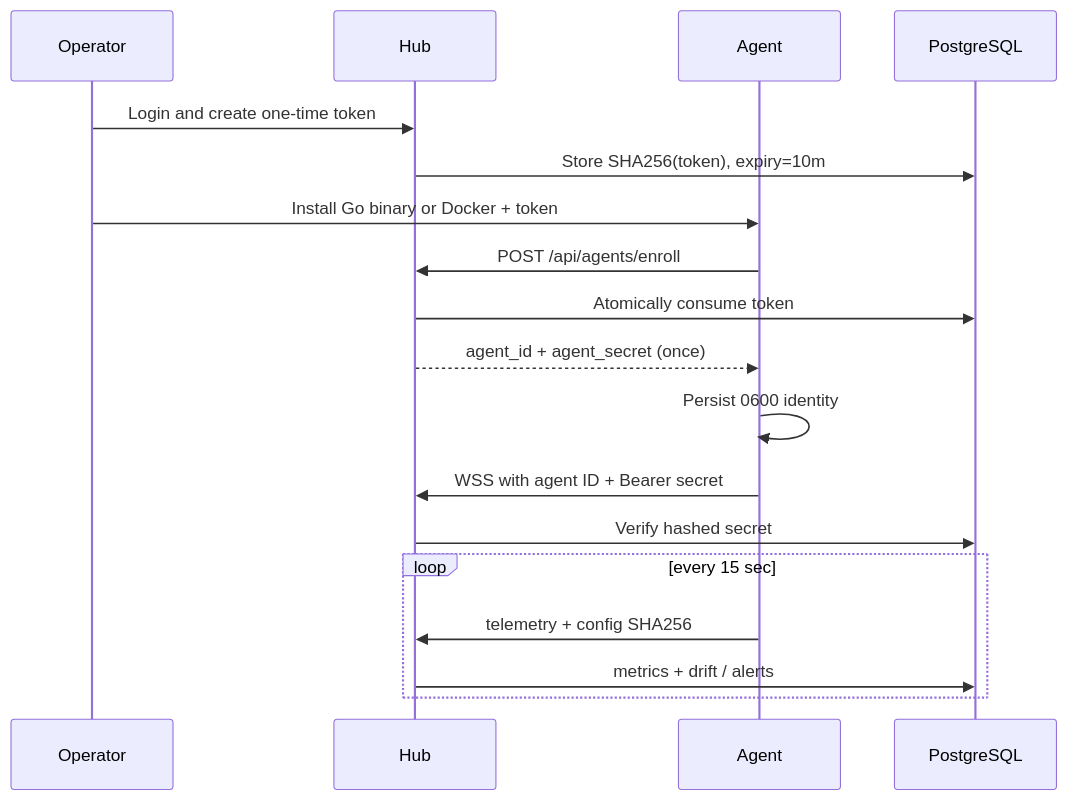
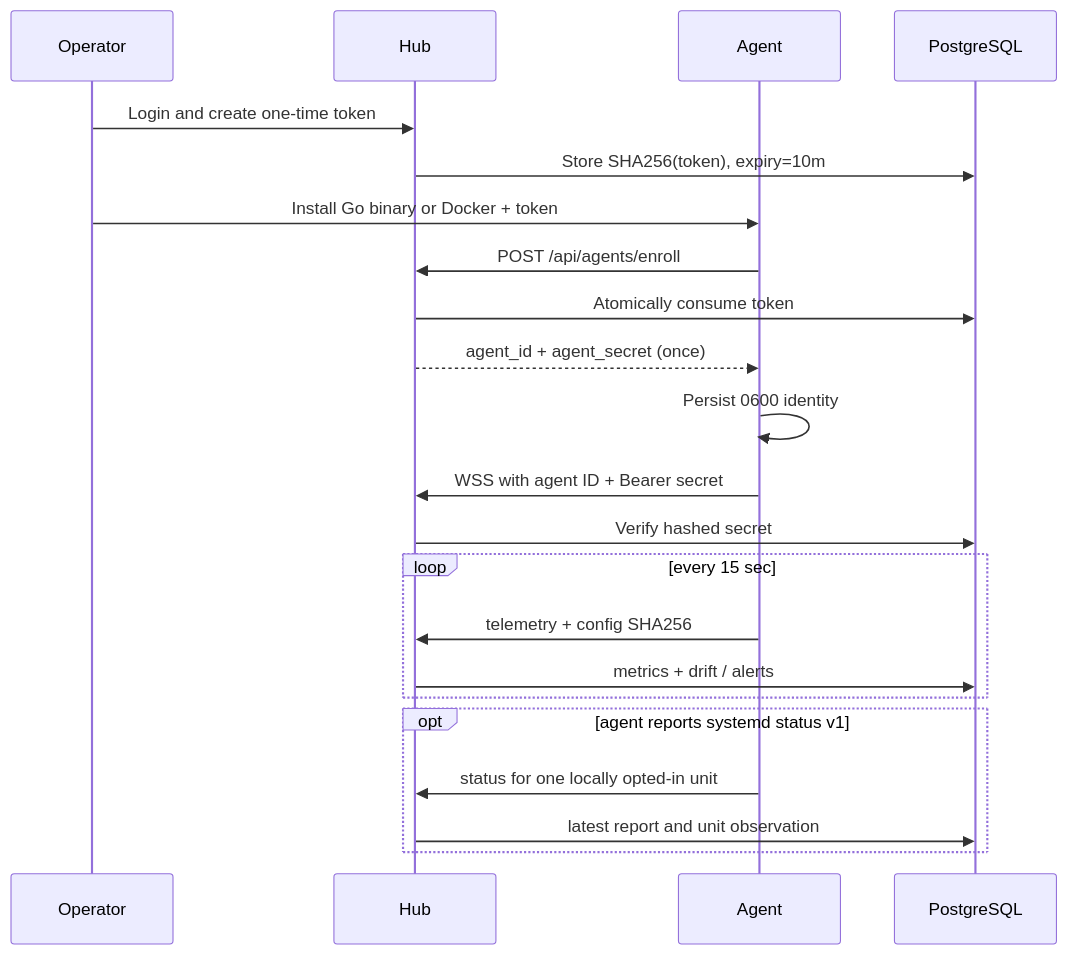
The second of 3 diagrams in docs/ARCHITECTURE.md (kuenobaikbanget/opspilot), drawn with Mermaid before and after one commit. The commit also changed other lines of this file and 29 other files, not shown here.

First line of the commit message:
feat: report opt-in systemd unit status

````diff
--- a/docs/ARCHITECTURE.md
+++ b/docs/ARCHITECTURE.md
@@ -28,20 +28,24 @@
 ```mermaid
 sequenceDiagram
   participant O as Operator
   participant H as Hub
   participant A as Agent
   participant DB as PostgreSQL
   O->>H: Login and create one-time token
   H->>DB: Store SHA256(token), expiry=10m
   O->>A: Install Go binary or Docker + token
   A->>H: POST /api/agents/enroll
   H->>DB: Atomically consume token
   H-->>A: agent_id + agent_secret (once)
   A->>A: Persist 0600 identity
   A->>H: WSS with agent ID + Bearer secret
   H->>DB: Verify hashed secret
   loop every 15 sec
     A->>H: telemetry + config SHA256
     H->>DB: metrics + drift / alerts
   end
+  opt agent reports systemd status v1
+    A->>H: status for one locally opted-in unit
+    H->>DB: latest report and unit observation
+  end
 ```
````
